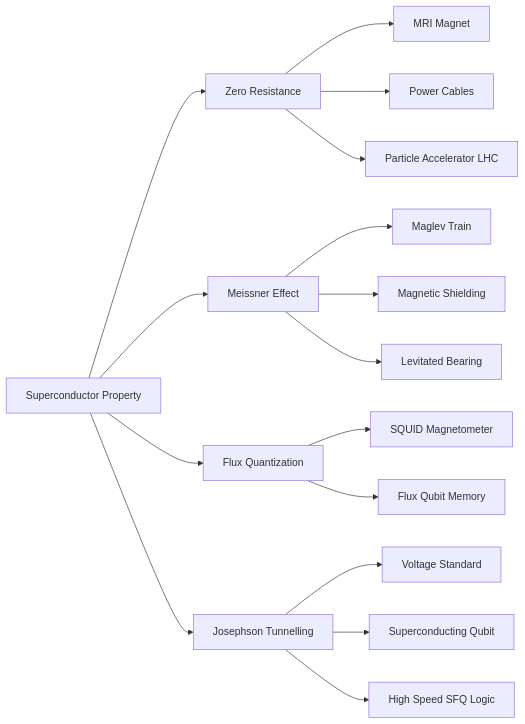
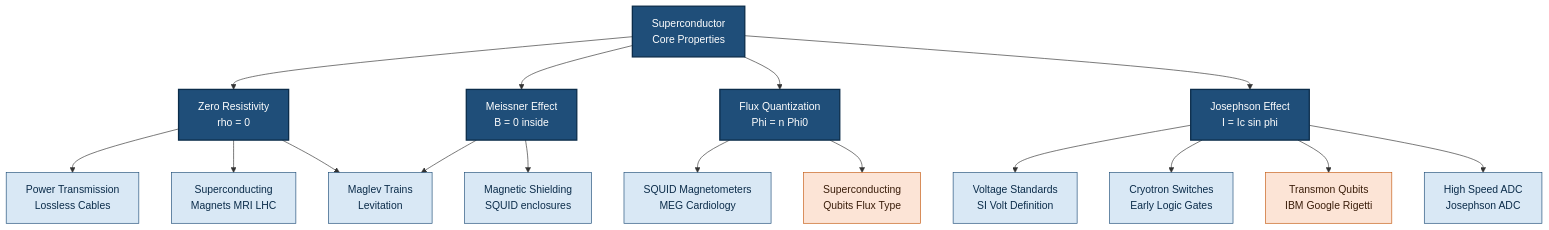
One commit to vishnuu-kr/ktunode changed the first of 3 diagrams in public/notes/computer-science-and-engineering/semester-1/gapht121-physics-for-information-science/01-module-1-electrical-conductivity/applications-of-superconductors/notes.md. Above: the diagram before and after it, drawn with Mermaid. The commit also changed other lines of this file and 4829 other files, not shown here.

````diff
--- a/public/notes/computer-science-and-engineering/semester-1/gapht121-physics-for-information-science/01-module-1-electrical-conductivity/applications-of-superconductors/notes.md
+++ b/public/notes/computer-science-and-engineering/semester-1/gapht121-physics-for-information-science/01-module-1-electrical-conductivity/applications-of-superconductors/notes.md
@@ -394,22 +402,32 @@
 ```mermaid
-graph LR
-    A[Superconductor Property] --> B[Zero Resistance]
-    A --> C[Meissner Effect]
-    A --> D[Flux Quantization]
-    A --> E[Josephson Tunnelling]
+flowchart TB
+    A[Superconductor<br>Core Properties]
+    A --> B[Zero Resistivity<br>rho = 0]
+    A --> C[Meissner Effect<br>B = 0 inside]
+    A --> D[Flux Quantization<br>Phi = n Phi0]
+    A --> E[Josephson Effect<br>I = Ic sin phi]
 
-    B --> B1[MRI Magnet]
-    B --> B2[Power Cables]
-    B --> B3[Particle Accelerator LHC]
+    B --> F[Power Transmission<br>Lossless Cables]
+    B --> G[Superconducting<br>Magnets MRI LHC]
+    B --> H[Maglev Trains<br>Levitation]
 
-    C --> C1[Maglev Train]
-    C --> C2[Magnetic Shielding]
-    C --> C3[Levitated Bearing]
+    C --> I[Magnetic Shielding<br>SQUID enclosures]
+    C --> H
 
-    D --> D1[SQUID Magnetometer]
-    D --> D2[Flux Qubit Memory]
+    D --> J[SQUID Magnetometers<br>MEG Cardiology]
+    D --> K[Superconducting<br>Qubits Flux Type]
 
-    E --> E1[Voltage Standard]
-    E --> E2[Superconducting Qubit]
-    E --> E3[High Speed SFQ Logic]
+    E --> L[Voltage Standards<br>SI Volt Definition]
+    E --> M[Cryotron Switches<br>Early Logic Gates]
+    E --> N[Transmon Qubits<br>IBM Google Rigetti]
+    E --> O[High Speed ADC<br>Josephson ADC]
+
+    classDef prop fill:#1f4e79,stroke:#0b2c4a,color:#ffffff,stroke-width:2px
+    classDef app fill:#d9e8f5,stroke:#1f4e79,color:#0b2c4a,stroke-width:1px
+    classDef quantum fill:#fce4d6,stroke:#c55a11,color:#3a1d0a,stroke-width:1px
+
+    class A prop
+    class B,C,D,E prop
+    class F,G,H,I,J,L,M,O app
+    class K,N quantum
 ```
````
